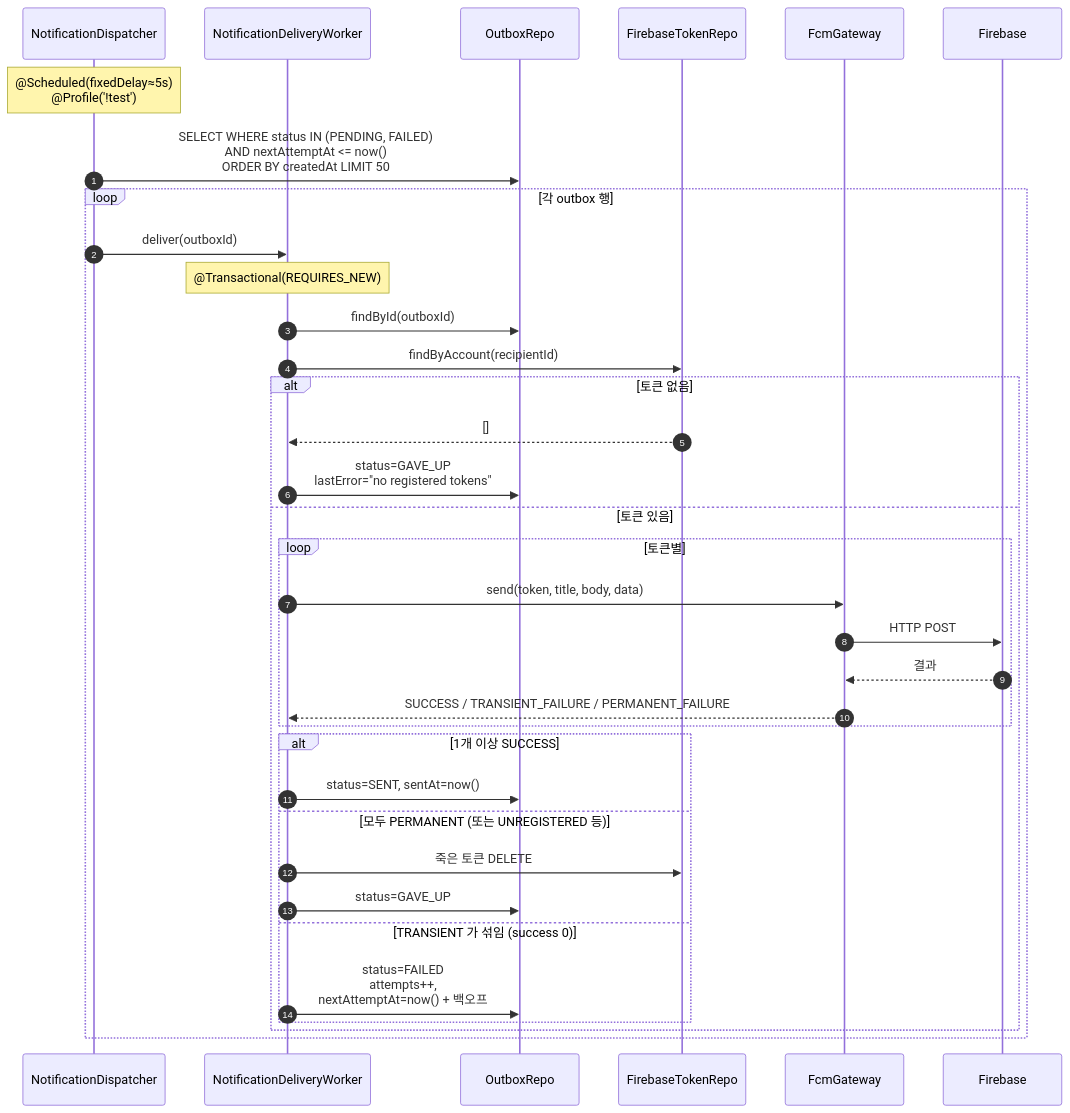
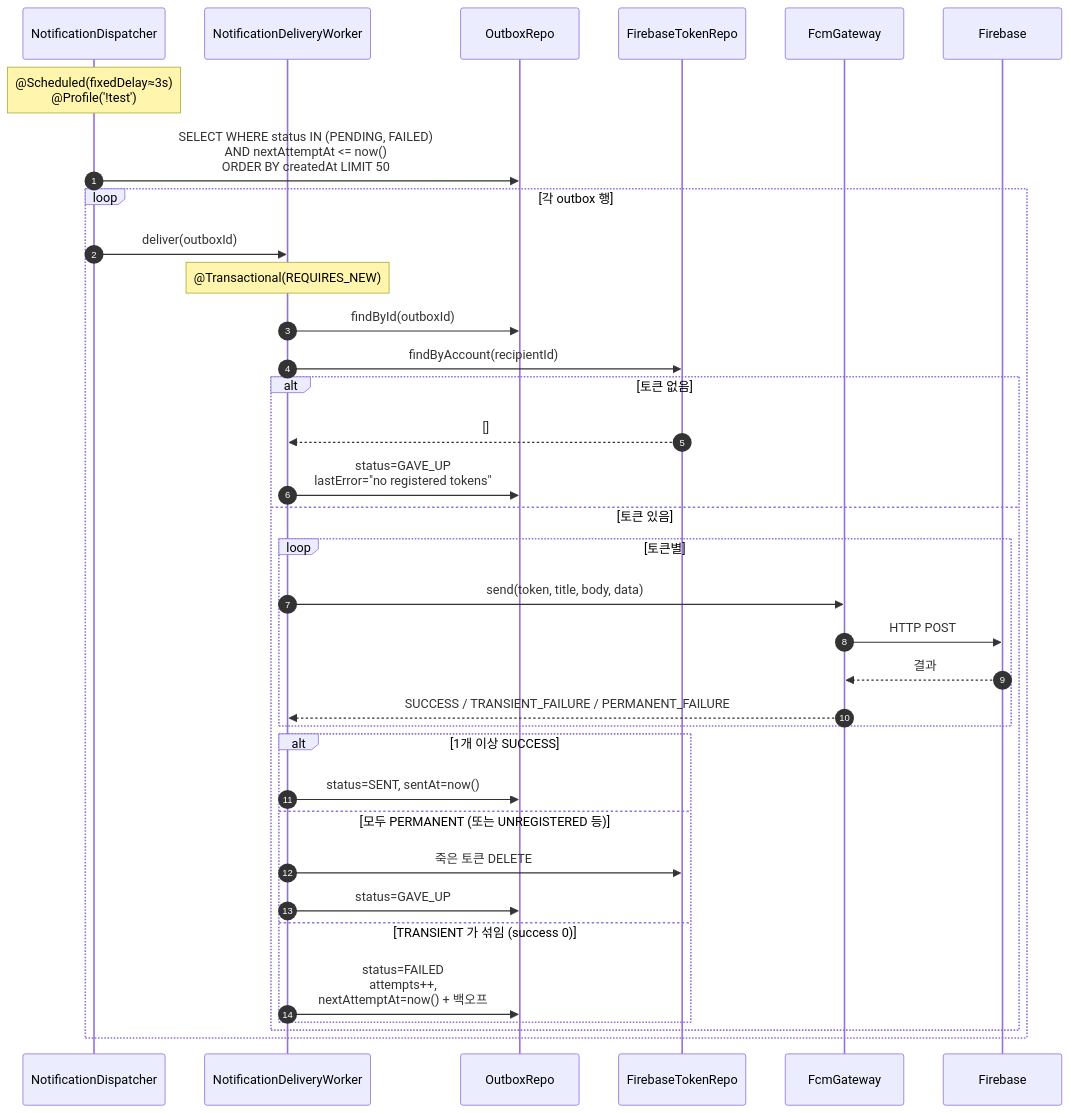
The third of 6 diagrams in docs/architecture/notification.md (pungdong/Pungdong-Backend), drawn with Mermaid before and after one commit. The commit also changed other lines of this file and 1 other file, not shown here.

````diff
--- a/docs/architecture/notification.md
+++ b/docs/architecture/notification.md
@@ -112,42 +112,42 @@
 ```mermaid
 sequenceDiagram
     autonumber
     participant Dis as NotificationDispatcher
     participant Worker as NotificationDeliveryWorker
     participant OutRepo as OutboxRepo
     participant TokRepo as FirebaseTokenRepo
     participant Gw as FcmGateway
     participant FCM as Firebase
 
-    Note over Dis: @Scheduled(fixedDelay≈5s)<br/>@Profile('!test')
+    Note over Dis: @Scheduled(fixedDelay≈3s)<br/>@Profile('!test')
     Dis->>OutRepo: SELECT WHERE status IN (PENDING, FAILED)<br/>AND nextAttemptAt <= now()<br/>ORDER BY createdAt LIMIT 50
 
     loop 각 outbox 행
         Dis->>Worker: deliver(outboxId)
         Note over Worker: @Transactional(REQUIRES_NEW)
 
         Worker->>OutRepo: findById(outboxId)
         Worker->>TokRepo: findByAccount(recipientId)
 
         alt 토큰 없음
             TokRepo-->>Worker: []
             Worker->>OutRepo: status=GAVE_UP<br/>lastError="no registered tokens"
         else 토큰 있음
             loop 토큰별
                 Worker->>Gw: send(token, title, body, data)
                 Gw->>FCM: HTTP POST
                 FCM-->>Gw: 결과
                 Gw-->>Worker: SUCCESS / TRANSIENT_FAILURE / PERMANENT_FAILURE
             end
 
             alt 1개 이상 SUCCESS
                 Worker->>OutRepo: status=SENT, sentAt=now()
             else 모두 PERMANENT (또는 UNREGISTERED 등)
                 Worker->>TokRepo: 죽은 토큰 DELETE
                 Worker->>OutRepo: status=GAVE_UP
             else TRANSIENT 가 섞임 (success 0)
                 Worker->>OutRepo: status=FAILED<br/>attempts++,<br/>nextAttemptAt=now() + 백오프
             end
         end
     end
 ```
````
